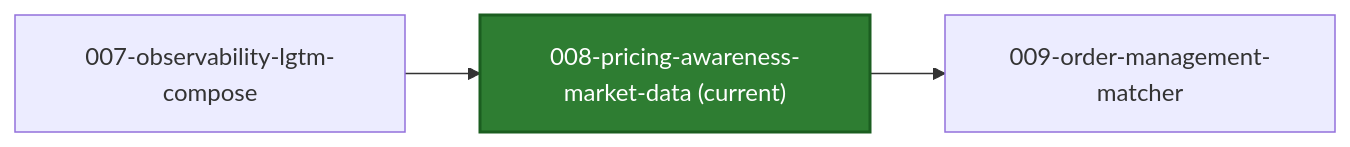
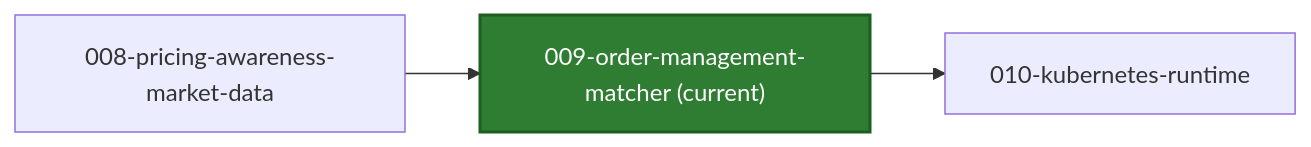
Before and after one commit to azure-octo/traderX: the first of 2 diagrams in README.md, drawn with Mermaid. The commit also changed other lines of this file and 132 other files, not shown here.

First line of the commit message:
snapshot: 009-order-management-matcher generated from a41e87908ebf8e9d2cd385280eacced32887bb1e

````diff
--- a/README.md
+++ b/README.md
@@ -21,10 +19,10 @@
 ```mermaid
 flowchart LR
-  S_CUR["008-pricing-awareness-market-data (current)"]
+  S_CUR["009-order-management-matcher (current)"]
   style S_CUR fill:#2e7d32,stroke:#1b5e20,color:#ffffff,stroke-width:2px
-  S_PREV_007_observability_lgtm_compose["007-observability-lgtm-compose"] --> S_CUR
-  click S_PREV_007_observability_lgtm_compose href "https://github.com/finos/traderX/tree/code%2Fgenerated-state-007-observability-lgtm-compose" "Open branch"
-  S_CUR --> S_NEXT_009_order_management_matcher["009-order-management-matcher"]
-  click S_NEXT_009_order_management_matcher href "https://github.com/finos/traderX/tree/code%2Fgenerated-state-009-order-management-matcher" "Open branch"
-  click S_CUR href "https://github.com/finos/traderX/tree/code%2Fgenerated-state-008-pricing-awareness-market-data" "Open current branch"
+  S_PREV_008_pricing_awareness_market_data["008-pricing-awareness-market-data"] --> S_CUR
+  click S_PREV_008_pricing_awareness_market_data href "https://github.com/finos/traderX/tree/code%2Fgenerated-state-008-pricing-awareness-market-data" "Open branch"
+  S_CUR --> S_NEXT_010_kubernetes_runtime["010-kubernetes-runtime"]
+  click S_NEXT_010_kubernetes_runtime href "https://github.com/finos/traderX/tree/code%2Fgenerated-state-010-kubernetes-runtime" "Open branch"
+  click S_CUR href "https://github.com/finos/traderX/tree/code%2Fgenerated-state-009-order-management-matcher" "Open current branch"
 ```
````
